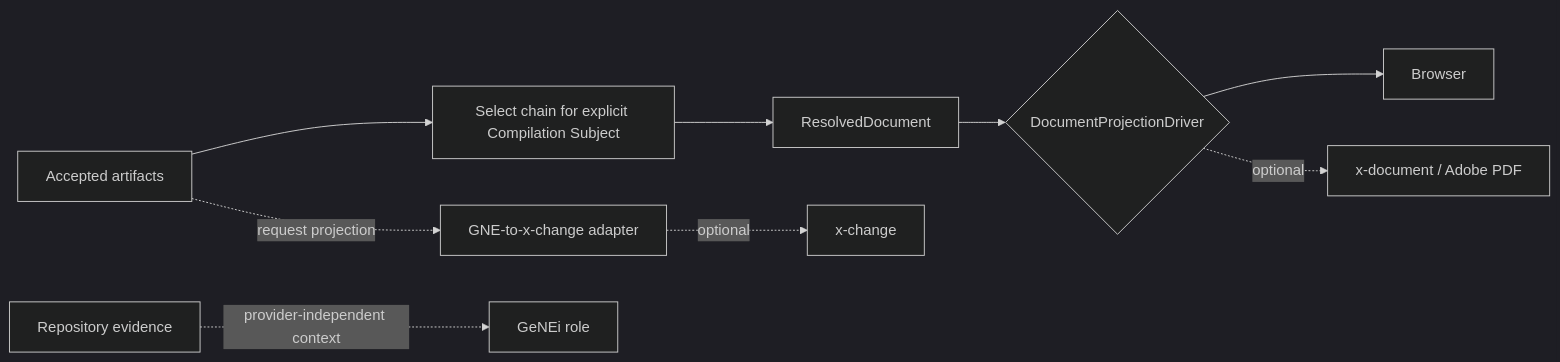
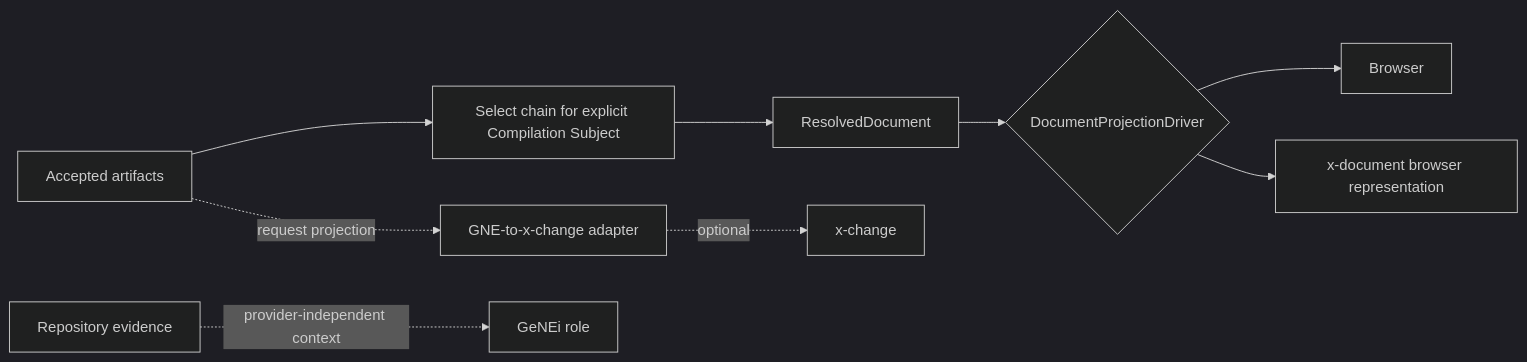
Before and after one commit to 3neti/gne: the second of 4 diagrams in ARCHITECTURE.md, drawn with Mermaid (dark theme). The commit also changed other lines of this file and 22 other files, not shown here.

````diff
--- a/ARCHITECTURE.md
+++ b/ARCHITECTURE.md
@@ -26,11 +26,11 @@
 ```mermaid
 flowchart LR
   A[Accepted artifacts] --> S[Select chain for explicit Compilation Subject]
   S --> R[ResolvedDocument]
   R --> D{DocumentProjectionDriver}
   D --> B[Browser]
-  D -. optional .-> P[x-document / Adobe PDF]
+  D --> P[x-document browser representation]
   A -. request projection .-> X[GNE-to-x-change adapter]
   X -. optional .-> XC[x-change]
   E[Repository evidence] -. provider-independent context .-> G[GeNEi role]
 ```
````
